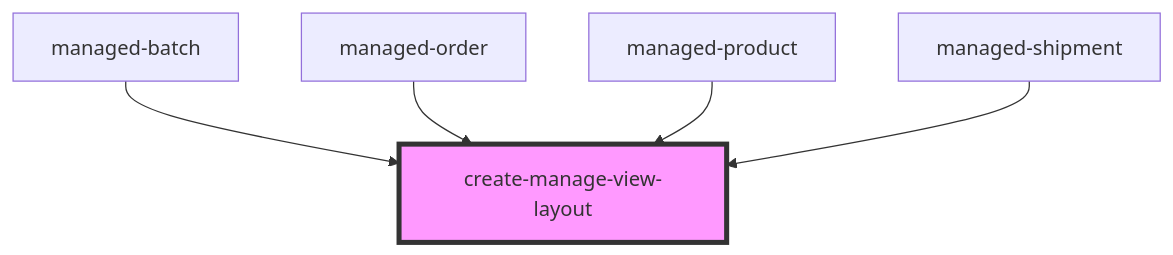
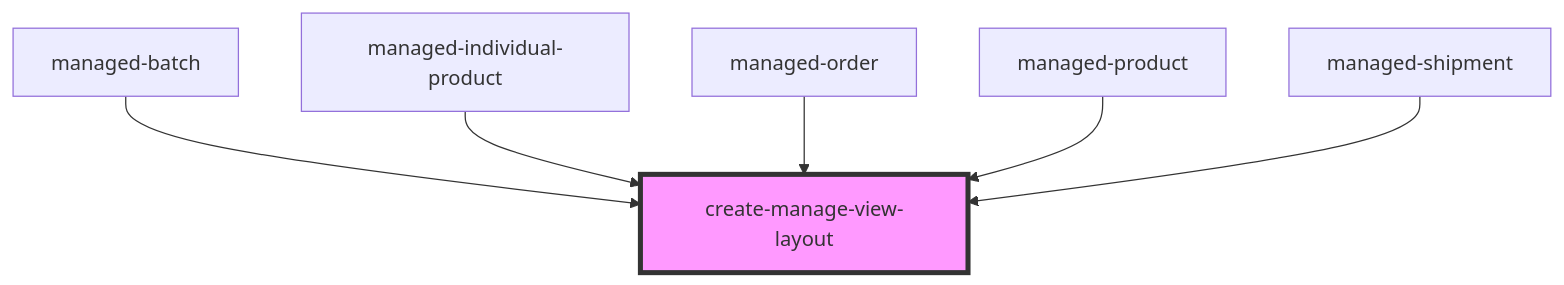
Before and after one commit to PharmaLedger-IMI/fgt-workspace: the diagram in pdm-web-components/src/components/create-manage-view-layout/readme.md, drawn with Mermaid. The commit also changed other lines of this file and 15 other files, not shown here.

````diff
--- a/pdm-web-components/src/components/create-manage-view-layout/readme.md
+++ b/pdm-web-components/src/components/create-manage-view-layout/readme.md
@@ -63,8 +64,9 @@
 ```mermaid
 graph TD;
   managed-batch --> create-manage-view-layout
+  managed-individual-product --> create-manage-view-layout
   managed-order --> create-manage-view-layout
   managed-product --> create-manage-view-layout
   managed-shipment --> create-manage-view-layout
   style create-manage-view-layout fill:#f9f,stroke:#333,stroke-width:4px
 ```
````
